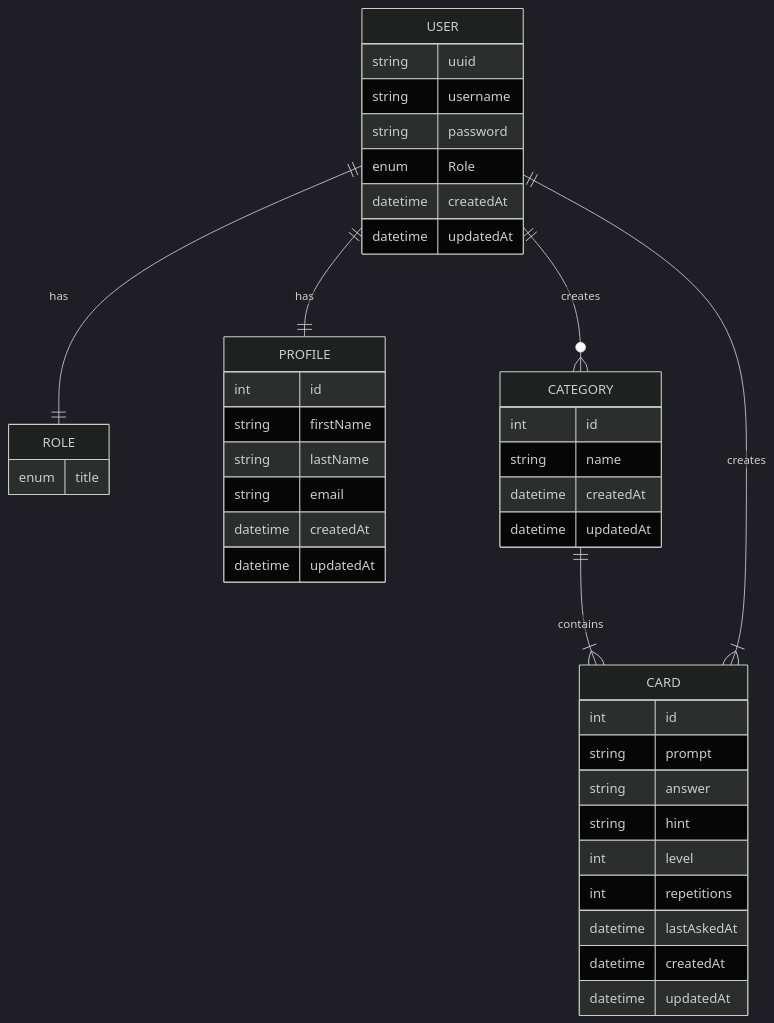
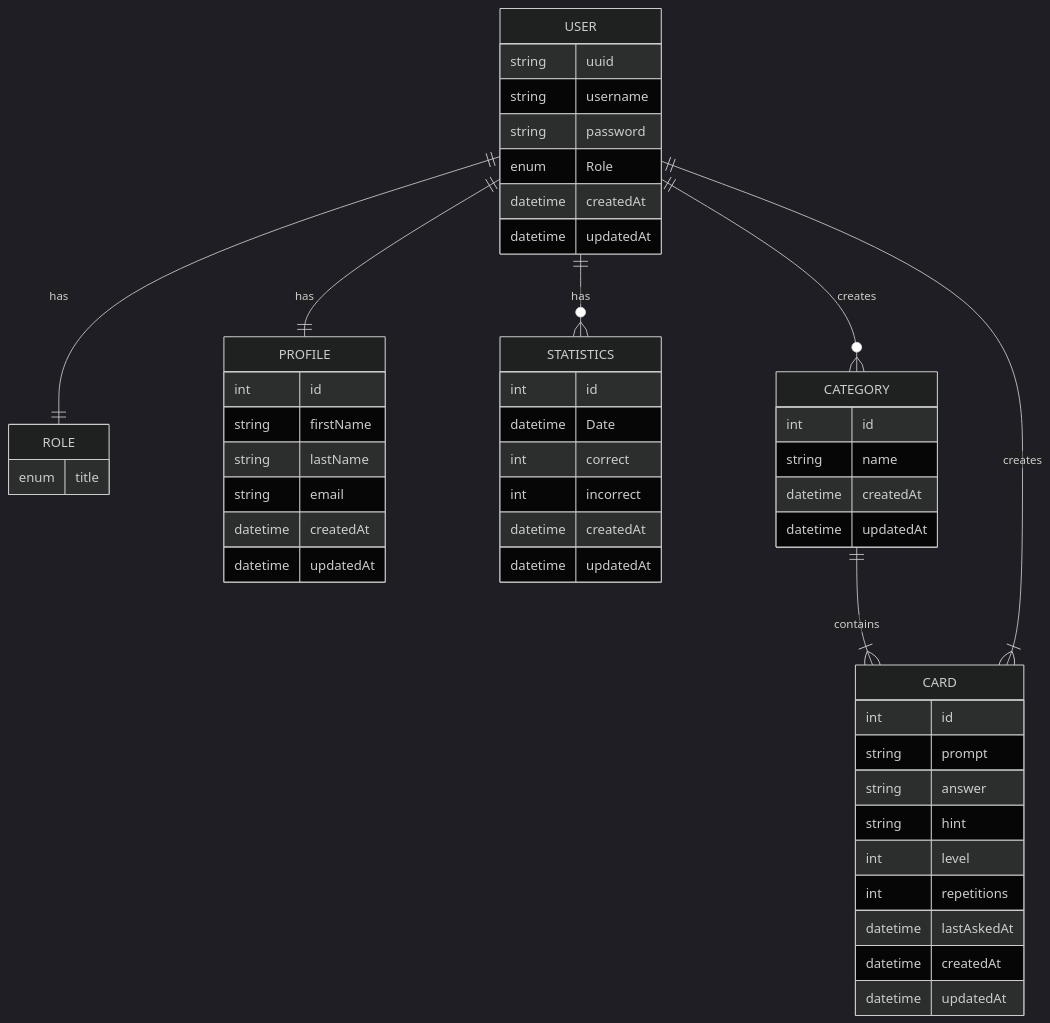
Before and after one commit to AllyDouillette/backend-personal-project: the diagram in prisma/schema.md, drawn with Mermaid (dark theme). The commit also changed 2 other files, not shown here.

Commit message:
add statistic to model

````diff
--- a/prisma/schema.md
+++ b/prisma/schema.md
@@ -1,49 +1,59 @@
 ```mermaid
 erDiagram
     USER {
         string uuid
         string username
         string password
         enum Role
         datetime createdAt
         datetime updatedAt
     }
 
     ROLE {
         enum title
     }
 
     PROFILE {
         int id
         string firstName
         string lastName
         string email
         datetime createdAt
         datetime updatedAt
     }
 
+    STATISTICS {
+        int id
+        datetime Date
+        int correct
+        int incorrect
+        datetime createdAt
+        datetime updatedAt
+    }
+
     CATEGORY {
         int id
         string name
         datetime createdAt
         datetime updatedAt
     }
 
     CARD {
         int id
         string prompt
         string answer
         string hint
         int level
         int repetitions
         datetime lastAskedAt
         datetime createdAt
         datetime updatedAt
     }
 
     USER ||--|| ROLE: has
+    USER ||--o{ STATISTICS: has
     USER ||--|| PROFILE: has
     USER ||--o{ CATEGORY : creates
     CATEGORY ||--|{ CARD : contains
     USER ||--|{ CARD : creates
 ```
````
